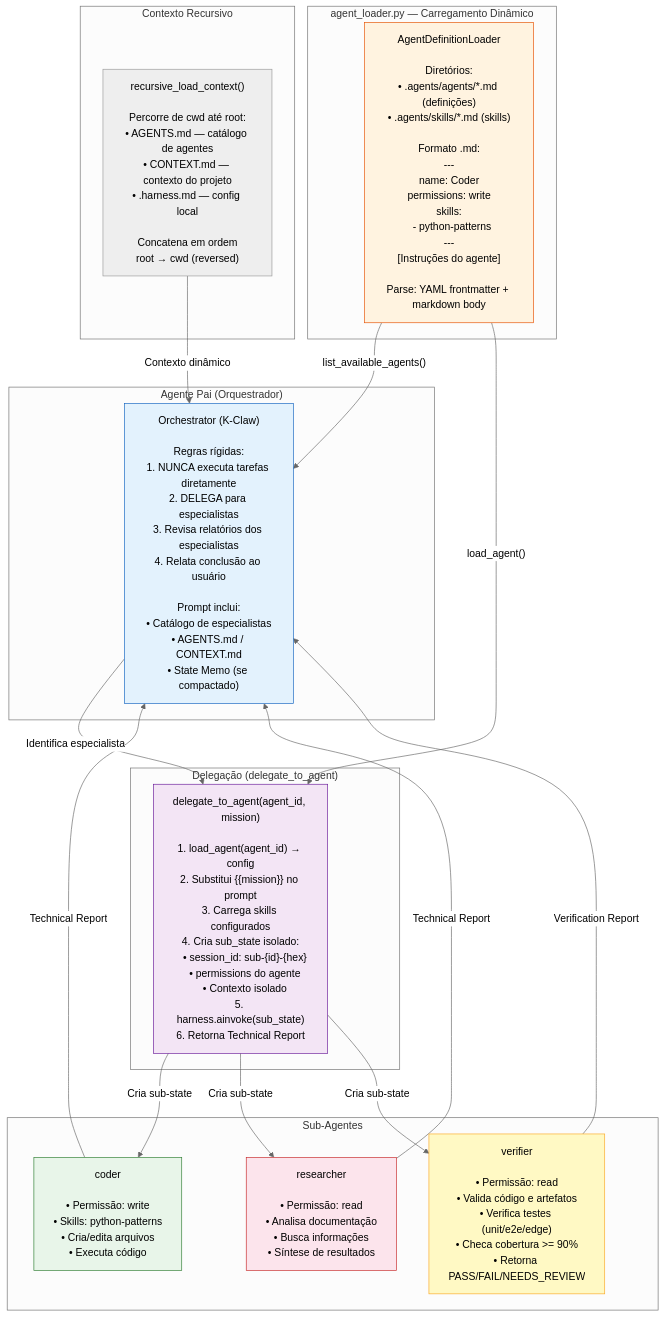
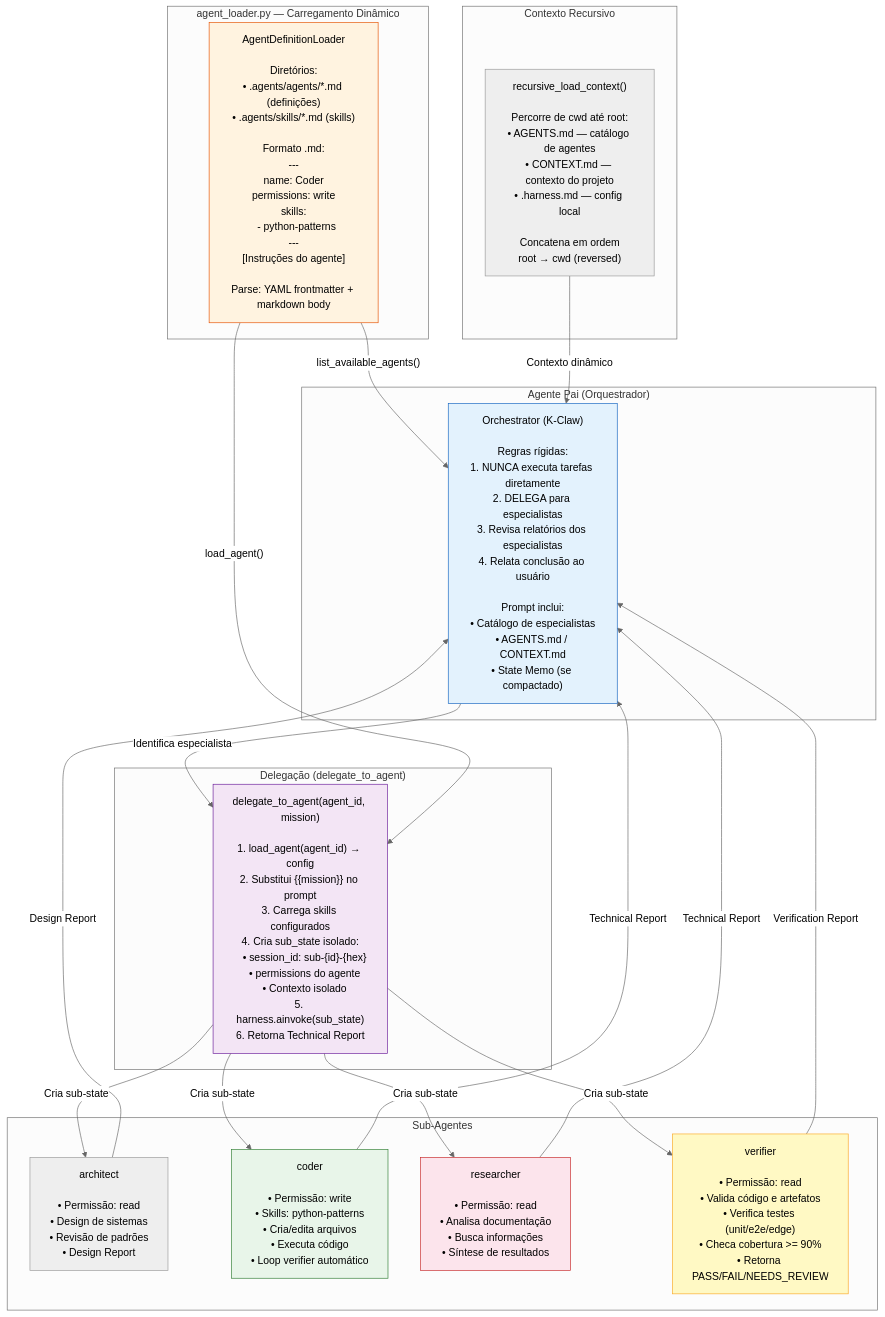
Before and after one commit to KlebersonCollab/k-claw: the fifth of 7 diagrams in ARCH.md, drawn with Mermaid (neutral theme). The commit also changed other lines of this file and 6 other files, not shown here.

````diff
--- a/ARCH.md
+++ b/ARCH.md
@@ -254,42 +257,45 @@
 ```mermaid
 flowchart TB
     subgraph "Agente Pai (Orquestrador)"
         ORCH["Orchestrator (K-Claw)<br/><br/>Regras rígidas:<br/>1. NUNCA executa tarefas diretamente<br/>2. DELEGA para especialistas<br/>3. Revisa relatórios dos especialistas<br/>4. Relata conclusão ao usuário<br/><br/>Prompt inclui:<br/>• Catálogo de especialistas<br/>• AGENTS.md / CONTEXT.md<br/>• State Memo (se compactado)"]
     end
 
     subgraph "agent_loader.py — Carregamento Dinâmico"
         AL["AgentDefinitionLoader<br/><br/>Diretórios:<br/>• .agents/agents/*.md (definições)<br/>• .agents/skills/*.md (skills)<br/><br/>Formato .md:<br/>---<br/>name: Coder<br/>permissions: write<br/>skills:<br/>  - python-patterns<br/>---<br/>[Instruções do agente]<br/><br/>Parse: YAML frontmatter + markdown body"]
     end
 
     subgraph "Delegação (delegate_to_agent)"
         DELEG["delegate_to_agent(agent_id, mission)<br/><br/>1. load_agent(agent_id) → config<br/>2. Substitui {{mission}} no prompt<br/>3. Carrega skills configurados<br/>4. Cria sub_state isolado:<br/>   • session_id: sub-{id}-{hex}<br/>   • permissions do agente<br/>   • Contexto isolado<br/>5. harness.ainvoke(sub_state)<br/>6. Retorna Technical Report"]
     end
 
     subgraph "Sub-Agentes"
-        CODER["coder<br/><br/>• Permissão: write<br/>• Skills: python-patterns<br/>• Cria/edita arquivos<br/>• Executa código"]
+        ARCHITECT["architect<br/><br/>• Permissão: read<br/>• Design de sistemas<br/>• Revisão de padrões<br/>• Design Report"]
+        CODER["coder<br/><br/>• Permissão: write<br/>• Skills: python-patterns<br/>• Cria/edita arquivos<br/>• Executa código<br/>• Loop verifier automático"]
         RESEARCHER["researcher<br/><br/>• Permissão: read<br/>• Analisa documentação<br/>• Busca informações<br/>• Síntese de resultados"]
         VERIFIER["verifier<br/><br/>• Permissão: read<br/>• Valida código e artefatos<br/>• Verifica testes (unit/e2e/edge)<br/>• Checa cobertura >= 90%<br/>• Retorna PASS/FAIL/NEEDS_REVIEW"]
     end
 
     subgraph "Contexto Recursivo"
         CTX["recursive_load_context()<br/><br/>Percorre de cwd até root:<br/>• AGENTS.md — catálogo de agentes<br/>• CONTEXT.md — contexto do projeto<br/>• .harness.md — config local<br/><br/>Concatena em ordem<br/>root → cwd (reversed)"]
     end
 
     ORCH -->|"Identifica especialista"| DELEG
     AL -->|"list_available_agents()"| ORCH
     AL -->|"load_agent()"| DELEG
+    DELEG -->|"Cria sub-state"| ARCHITECT
     DELEG -->|"Cria sub-state"| CODER
     DELEG -->|"Cria sub-state"| RESEARCHER
     DELEG -->|"Cria sub-state"| VERIFIER
+    ARCHITECT -->|"Design Report"| ORCH
     CODER -->|"Technical Report"| ORCH
     RESEARCHER -->|"Technical Report"| ORCH
     VERIFIER -->|"Verification Report"| ORCH
     CTX -->|"Contexto dinâmico"| ORCH
 
     style ORCH fill:#e3f2fd,stroke:#1565c0
     style CODER fill:#e8f5e9,stroke:#2e7d32
     style RESEARCHER fill:#fce4ec,stroke:#c62828
     style VERIFIER fill:#fff9c4,stroke:#f9a825
     style AL fill:#fff3e0,stroke:#e65100
     style DELEG fill:#f3e5f5,stroke:#6a1b9a
 ```
````
